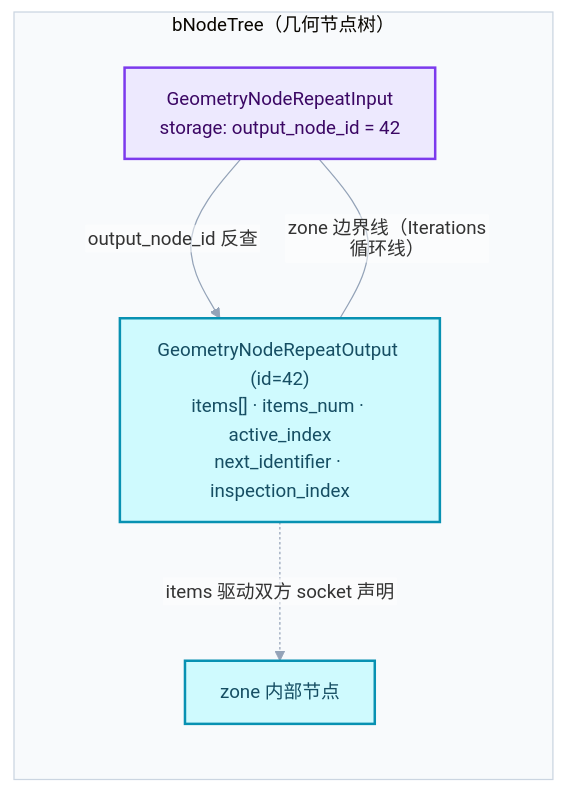
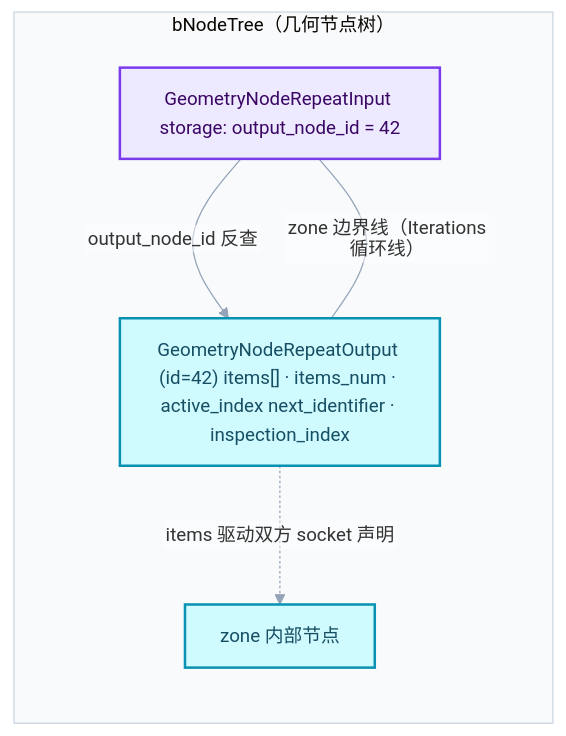
The first of 4 diagrams in 杂/markdown/重复区域-dsh/02-Repeat区域数据模型/01-Repeat节点注册与UI.md (yunkezengren/blender-.vscode), drawn with Mermaid before and after one commit. The commit also changed other lines of this file and 27 other files, not shown here.

````diff
--- a/杂/markdown/重复区域-dsh/02-Repeat区域数据模型/01-Repeat节点注册与UI.md
+++ b/杂/markdown/重复区域-dsh/02-Repeat区域数据模型/01-Repeat节点注册与UI.md
@@ -68,17 +62,17 @@
 ```mermaid
 %%{init: {"theme":"base","themeVariables":{"fontFamily":"\"Segoe UI\",\"Microsoft YaHei\",sans-serif","fontSize":"15px","lineColor":"#94A3B8","edgeLabelBackground":"#FFFFFF","clusterBkg":"#F8FAFC","clusterBorder":"#CBD5E1"},"flowchart":{"htmlLabels":false,"curve":"basis","nodeSpacing":52,"rankSpacing":64,"padding":14,"diagramPadding":16,"useMaxWidth":true},"sequence":{"useMaxWidth":true,"wrap":true,"mirrorActors":false,"messageMargin":36}}}%%
 flowchart LR
     subgraph NT["bNodeTree（几何节点树）"]
-        IN["GeometryNodeRepeatInput<br/>storage: output_node_id = 42"]
-        OUT["GeometryNodeRepeatOutput (id=42)<br/>items[] · items_num · active_index<br/>next_identifier · inspection_index"]
+        IN["GeometryNodeRepeatInput storage: output_node_id = 42"]
+        OUT["GeometryNodeRepeatOutput (id=42) items[] · items_num · active_index next_identifier · inspection_index"]
         INNER["zone 内部节点"]
     end
     IN -->|"output_node_id 反查"| OUT
     IN ---|"zone 边界线（Iterations 循环线）"| OUT
     OUT -.->|"items 驱动双方 socket 声明"| INNER
     classDef data fill:#CFFAFE,stroke:#0891B2,color:#164E63,stroke-width:2px;
     classDef abstraction fill:#EDE9FE,stroke:#7C3AED,color:#3B0764,stroke-width:2px;
     classDef compute fill:#FEF3C7,stroke:#D97706,color:#78350F,stroke-width:2px;
     class OUT,INNER data;
     class IN abstraction;
 ```
````
